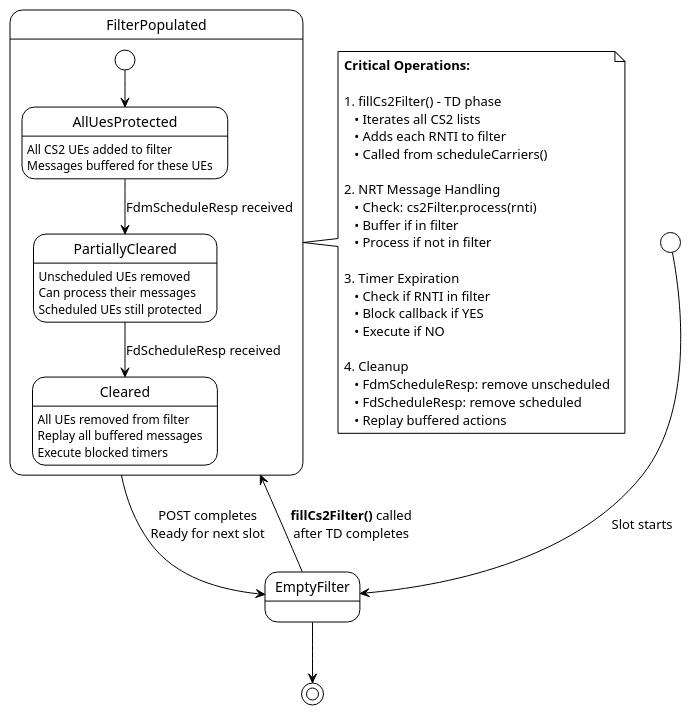
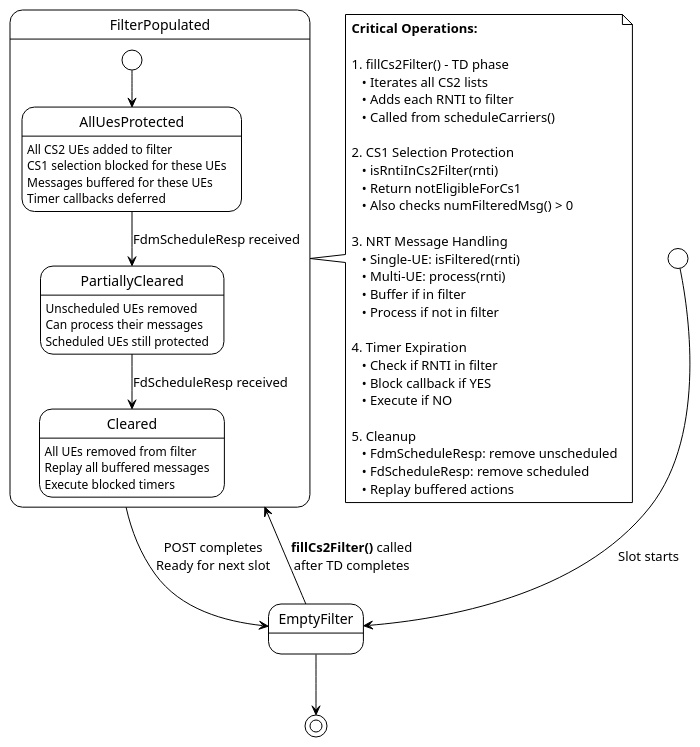
Before and after one commit to wanghaven/note: the ninth of 20 diagrams in work/nokia/project/Parallel Scheduling/Poc/PARALLEL_SCHEDULING_DESIGN.md, drawn with PlantUML. The commit also changed other lines of this file and 3 other files, not shown here.

````diff
--- a/work/nokia/project/Parallel Scheduling/Poc/PARALLEL_SCHEDULING_DESIGN.md
+++ b/work/nokia/project/Parallel Scheduling/Poc/PARALLEL_SCHEDULING_DESIGN.md
@@ -696,57 +1304,65 @@
 ```plantuml
 @startuml
 !theme plain
 
 [*] --> EmptyFilter : Slot starts
 
 EmptyFilter --> FilterPopulated : **fillCs2Filter()** called\nafter TD completes
 
 state FilterPopulated {
     [*] --> AllUesProtected
     
     AllUesProtected : All CS2 UEs added to filter
+    AllUesProtected : CS1 selection blocked for these UEs
     AllUesProtected : Messages buffered for these UEs
+    AllUesProtected : Timer callbacks deferred
     
     AllUesProtected --> PartiallyCleared : FdmScheduleResp received
     
     PartiallyCleared : Unscheduled UEs removed
     PartiallyCleared : Can process their messages
     PartiallyCleared : Scheduled UEs still protected
     
     PartiallyCleared --> Cleared : FdScheduleResp received
     
     Cleared : All UEs removed from filter
     Cleared : Replay all buffered messages
     Cleared : Execute blocked timers
 }
 
 FilterPopulated --> EmptyFilter : POST completes\nReady for next slot
 
 EmptyFilter --> [*]
 
 note right of FilterPopulated
     **Critical Operations:**
     
     1. fillCs2Filter() - TD phase
        • Iterates all CS2 lists
        • Adds each RNTI to filter
        • Called from scheduleCarriers()
     
-    2. NRT Message Handling
-       • Check: cs2Filter.process(rnti)
+    2. CS1 Selection Protection
+       • isRntiInCs2Filter(rnti)
+       • Return notEligibleForCs1
+       • Also checks numFilteredMsg() > 0
+    
+    3. NRT Message Handling
+       • Single-UE: isFiltered(rnti)
+       • Multi-UE: process(rnti)
        • Buffer if in filter
        • Process if not in filter
     
-    3. Timer Expiration
+    4. Timer Expiration
        • Check if RNTI in filter
        • Block callback if YES
        • Execute if NO
     
-    4. Cleanup
+    5. Cleanup
        • FdmScheduleResp: remove unscheduled
        • FdScheduleResp: remove scheduled
        • Replay buffered actions
 end note
 
 @enduml
 ```
````
